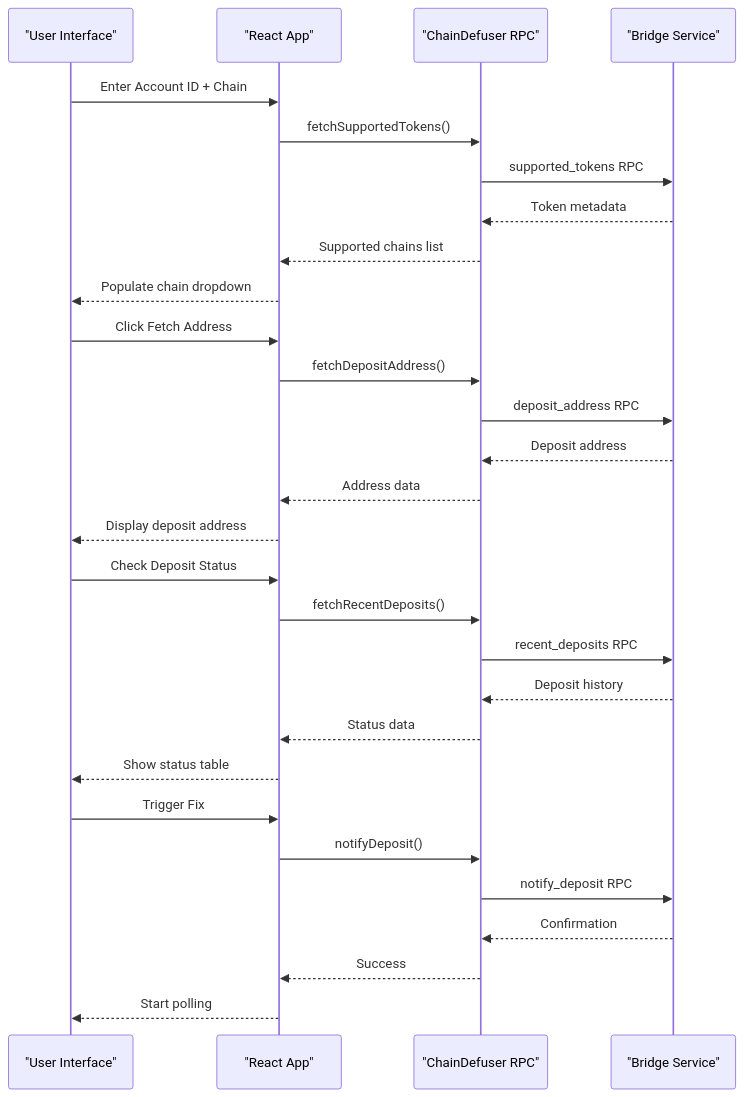
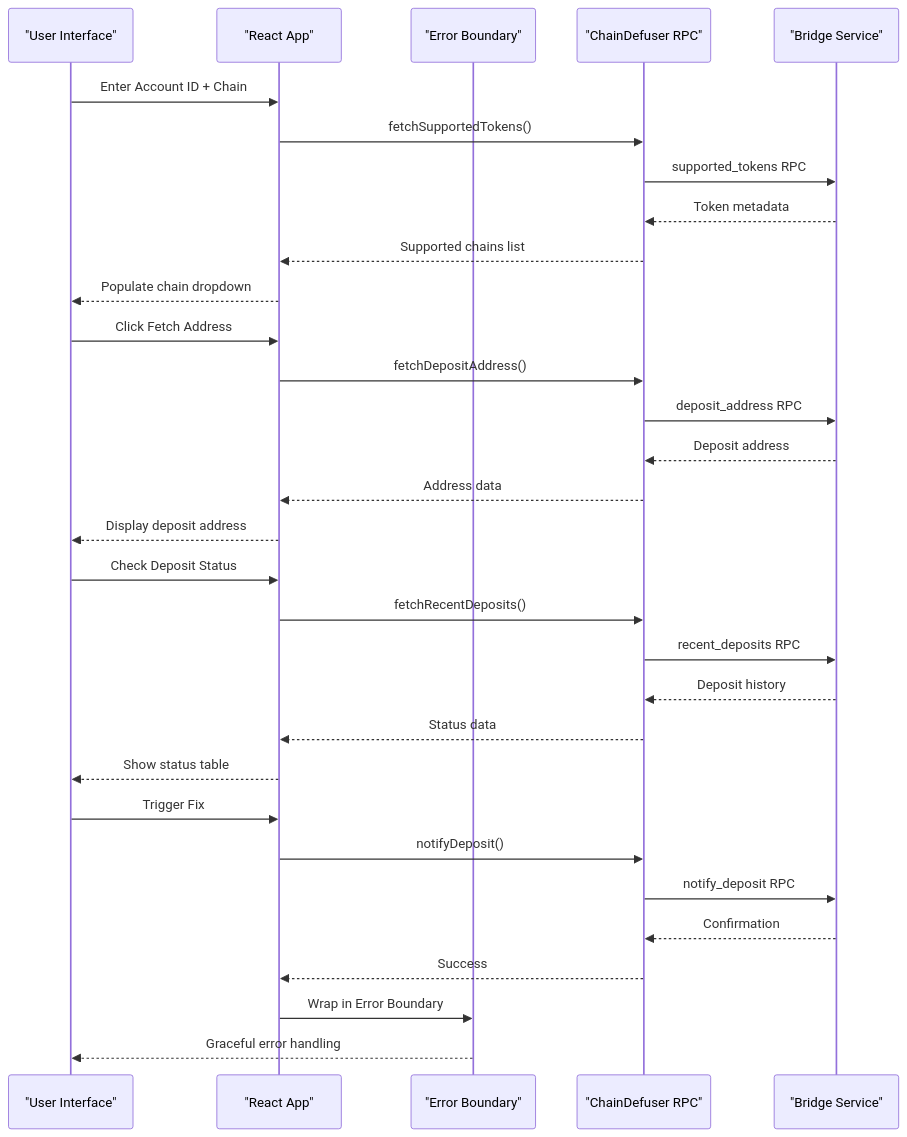
Before and after one commit to KaranMakani/deposit-fixer: the second of 5 diagrams in .qoder/repowiki/en/content/Project Overview.md, drawn with Mermaid. The commit also changed other lines of this file and 10 other files, not shown here.

````diff
--- a/.qoder/repowiki/en/content/Project Overview.md
+++ b/.qoder/repowiki/en/content/Project Overview.md
@@ -107,31 +125,33 @@
 ```mermaid
 sequenceDiagram
 participant User as "User Interface"
 participant App as "React App"
+participant Error as "Error Boundary"
 participant API as "ChainDefuser RPC"
 participant Service as "Bridge Service"
 User->>App : Enter Account ID + Chain
 App->>API : fetchSupportedTokens()
 API->>Service : supported_tokens RPC
 Service-->>API : Token metadata
 API-->>App : Supported chains list
 App-->>User : Populate chain dropdown
 User->>App : Click Fetch Address
 App->>API : fetchDepositAddress()
 API->>Service : deposit_address RPC
 Service-->>API : Deposit address
 API-->>App : Address data
 App-->>User : Display deposit address
 User->>App : Check Deposit Status
 App->>API : fetchRecentDeposits()
 API->>Service : recent_deposits RPC
 Service-->>API : Deposit history
 API-->>App : Status data
 App-->>User : Show status table
 User->>App : Trigger Fix
 App->>API : notifyDeposit()
 API->>Service : notify_deposit RPC
 Service-->>API : Confirmation
 API-->>App : Success
-App-->>User : Start polling
+App->>Error : Wrap in Error Boundary
+Error-->>User : Graceful error handling
 ```
````
